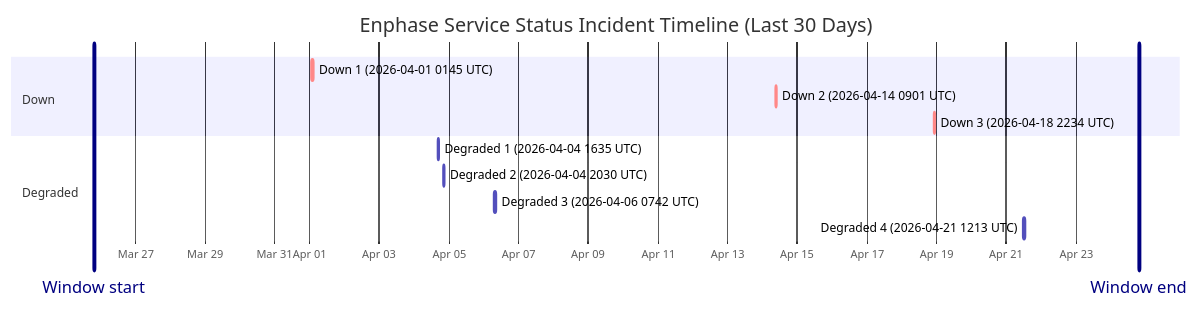
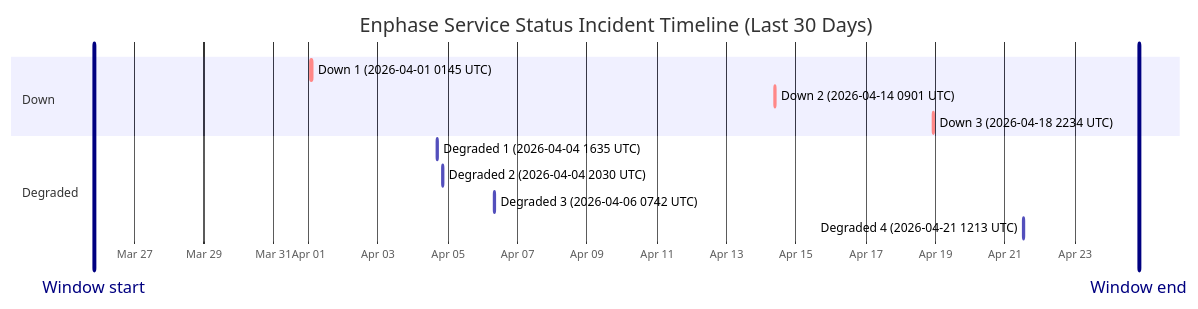
Before and after one commit to barneyonline/ha-enphase-ev-charger: the diagram in wiki/Service-Status-History.md, drawn with Mermaid. The commit also changed other lines of this file and 3 other files, not shown here.

````diff
--- a/wiki/Service-Status-History.md
+++ b/wiki/Service-Status-History.md
@@ -14,17 +14,17 @@
 ```mermaid
 gantt
     title Enphase Service Status Incident Timeline (Last 30 Days)
     dateFormat  YYYY-MM-DDTHH:mm:ss
     axisFormat  %b %d
-    Window start :vert, window-start, 2026-03-25T19:28:43, 0ms
-    Window end :vert, window-end, 2026-04-24T19:28:43, 0ms
+    Window start :vert, window-start, 2026-03-25T20:10:00, 0ms
+    Window end :vert, window-end, 2026-04-24T20:10:00, 0ms
     section Down
     Down 1 (2026-04-01 0145 UTC) :crit, down-1, 2026-04-01T01:45:09, 60m
     Down 2 (2026-04-14 0901 UTC) :crit, down-2, 2026-04-14T09:01:13, 60m
     Down 3 (2026-04-18 2234 UTC) :crit, down-3, 2026-04-18T22:34:13, 60m
     section Degraded
     Degraded 1 (2026-04-04 1635 UTC) :active, degraded-1, 2026-04-04T16:35:17, 60m
     Degraded 2 (2026-04-04 2030 UTC) :active, degraded-2, 2026-04-04T20:30:40, 60m
     Degraded 3 (2026-04-06 0742 UTC) :active, degraded-3, 2026-04-06T07:42:09, 85m
     Degraded 4 (2026-04-21 1213 UTC) :active, degraded-4, 2026-04-21T12:13:11, 60m
 ```
````
